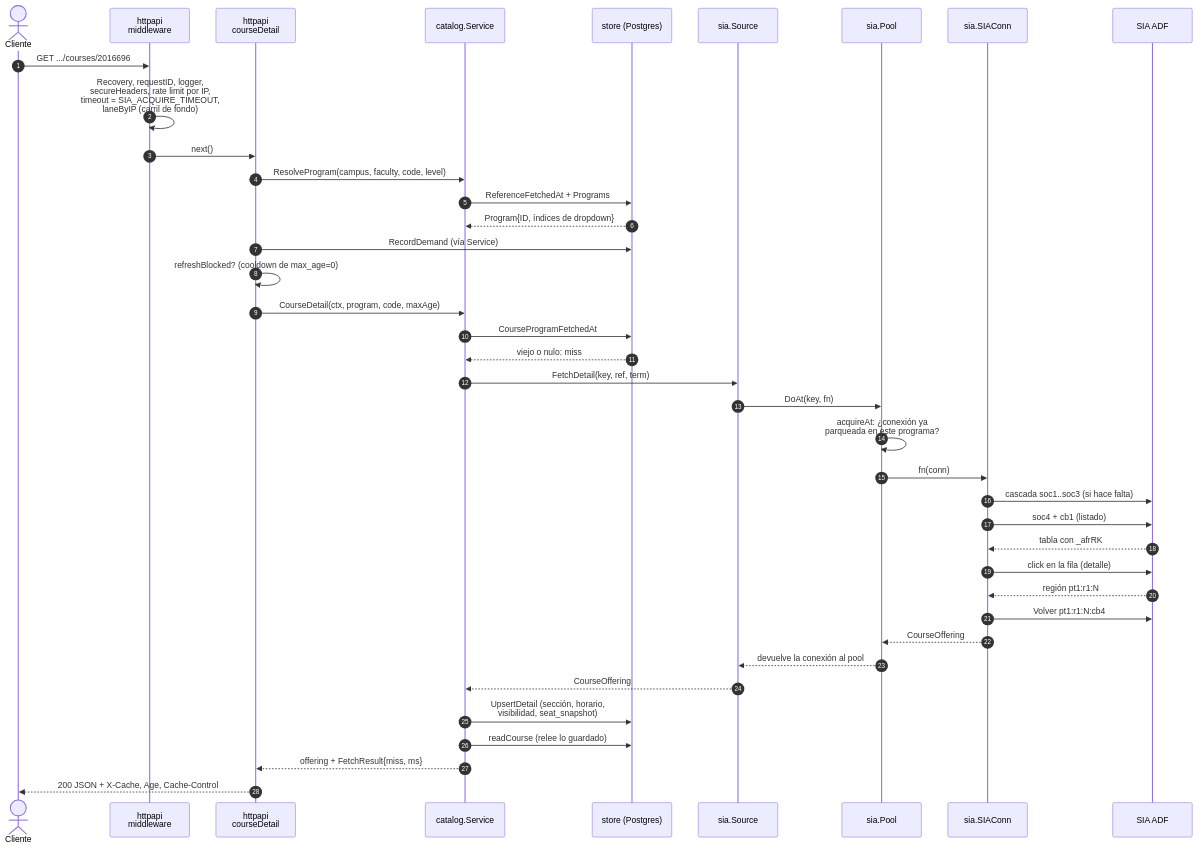
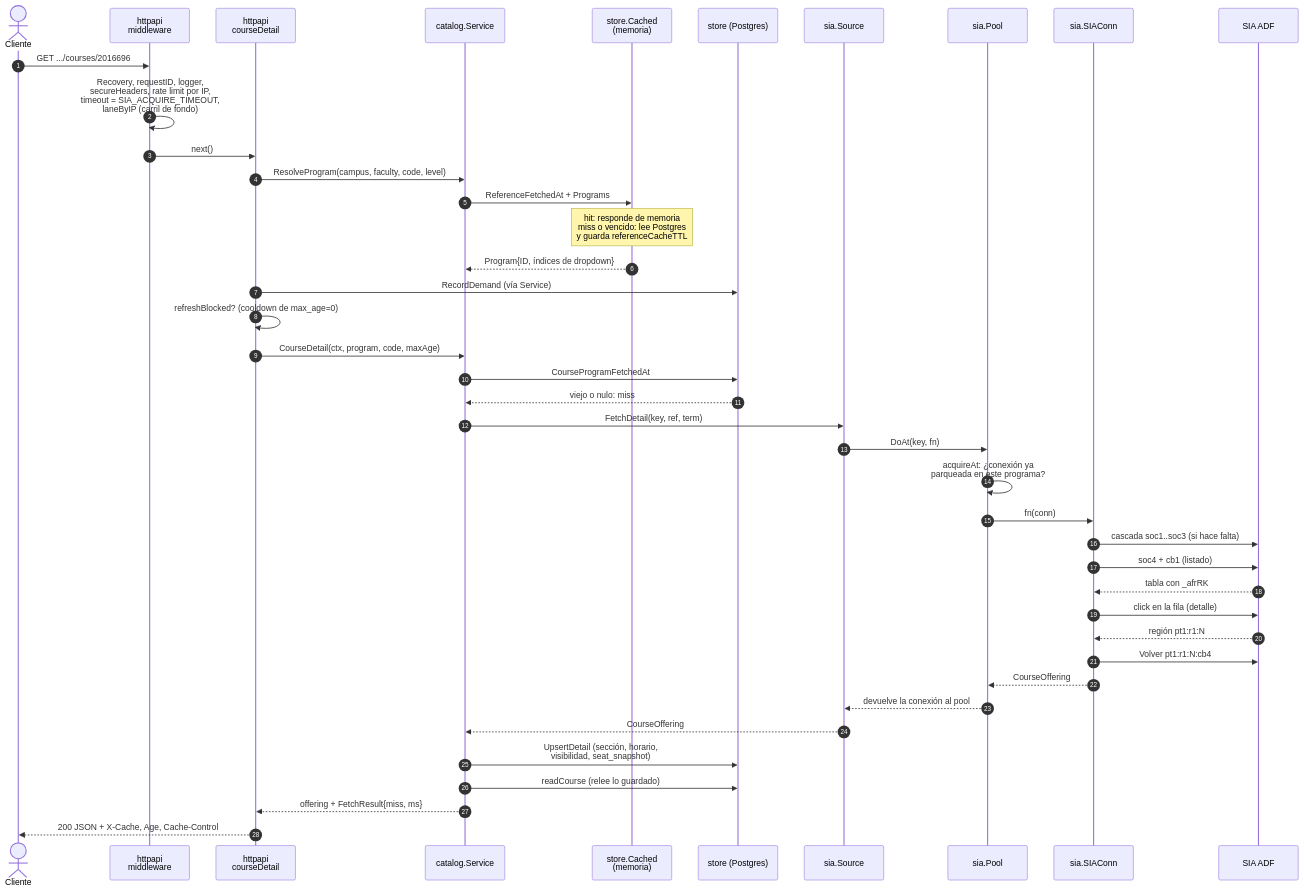
Before and after one commit to gabotachak/sia-unal-bridge: the sixth of 22 diagrams in docs/DIAGRAMS.md, drawn with Mermaid. The commit also changed other lines of this file, not shown here.

First line of the commit message:
docs: muestra la cache de referencia en los diagramas

````diff
--- a/docs/DIAGRAMS.md
+++ b/docs/DIAGRAMS.md
@@ -234,42 +234,44 @@
 ```mermaid
 sequenceDiagram
     autonumber
     actor U as Cliente
     participant MW as httpapi<br/>middleware
     participant HD as httpapi<br/>courseDetail
     participant SV as catalog.Service
+    participant CA as store.Cached<br/>(memoria)
     participant ST as store (Postgres)
     participant SR as sia.Source
     participant PL as sia.Pool
     participant CN as sia.SIAConn
     participant SIA as SIA ADF
 
     U->>MW: GET .../courses/2016696
     MW->>MW: Recovery, requestID, logger,<br/>secureHeaders, rate limit por IP,<br/>timeout = SIA_ACQUIRE_TIMEOUT,<br/>laneByIP (carril de fondo)
     MW->>HD: next()
     HD->>SV: ResolveProgram(campus, faculty, code, level)
-    SV->>ST: ReferenceFetchedAt + Programs
-    ST-->>SV: Program{ID, índices de dropdown}
+    SV->>CA: ReferenceFetchedAt + Programs
+    Note over CA: hit: responde de memoria<br/>miss o vencido: lee Postgres<br/>y guarda referenceCacheTTL
+    CA-->>SV: Program{ID, índices de dropdown}
     HD->>ST: RecordDemand (vía Service)
     HD->>HD: refreshBlocked? (cooldown de max_age=0)
     HD->>SV: CourseDetail(ctx, program, code, maxAge)
     SV->>ST: CourseProgramFetchedAt
     ST-->>SV: viejo o nulo: miss
     SV->>SR: FetchDetail(key, ref, term)
     SR->>PL: DoAt(key, fn)
     PL->>PL: acquireAt: ¿conexión ya<br/>parqueada en este programa?
     PL->>CN: fn(conn)
     CN->>SIA: cascada soc1..soc3 (si hace falta)
     CN->>SIA: soc4 + cb1 (listado)
     SIA-->>CN: tabla con _afrRK
     CN->>SIA: click en la fila (detalle)
     SIA-->>CN: región pt1:r1:N
     CN->>SIA: Volver pt1:r1:N:cb4
     CN-->>PL: CourseOffering
     PL-->>SR: devuelve la conexión al pool
     SR-->>SV: CourseOffering
     SV->>ST: UpsertDetail (sección, horario,<br/>visibilidad, seat_snapshot)
     SV->>ST: readCourse (relee lo guardado)
     SV-->>HD: offering + FetchResult{miss, ms}
     HD-->>U: 200 JSON + X-Cache, Age, Cache-Control
 ```
````
